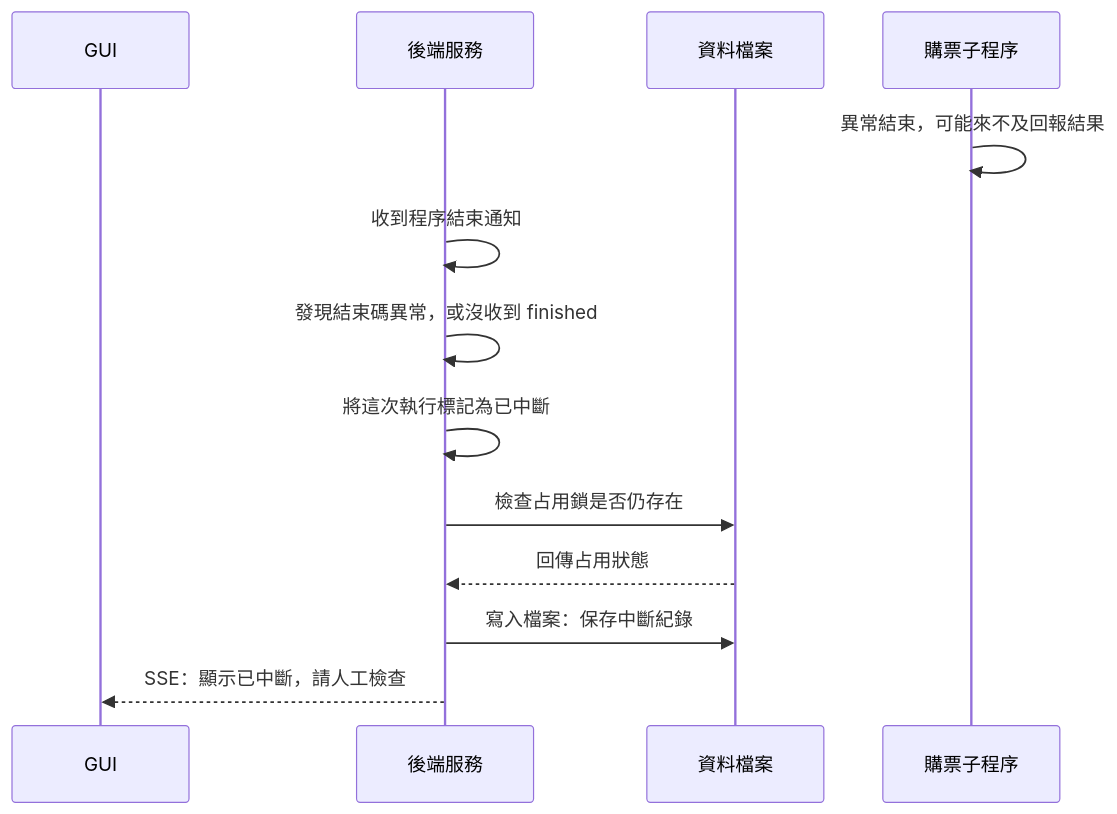
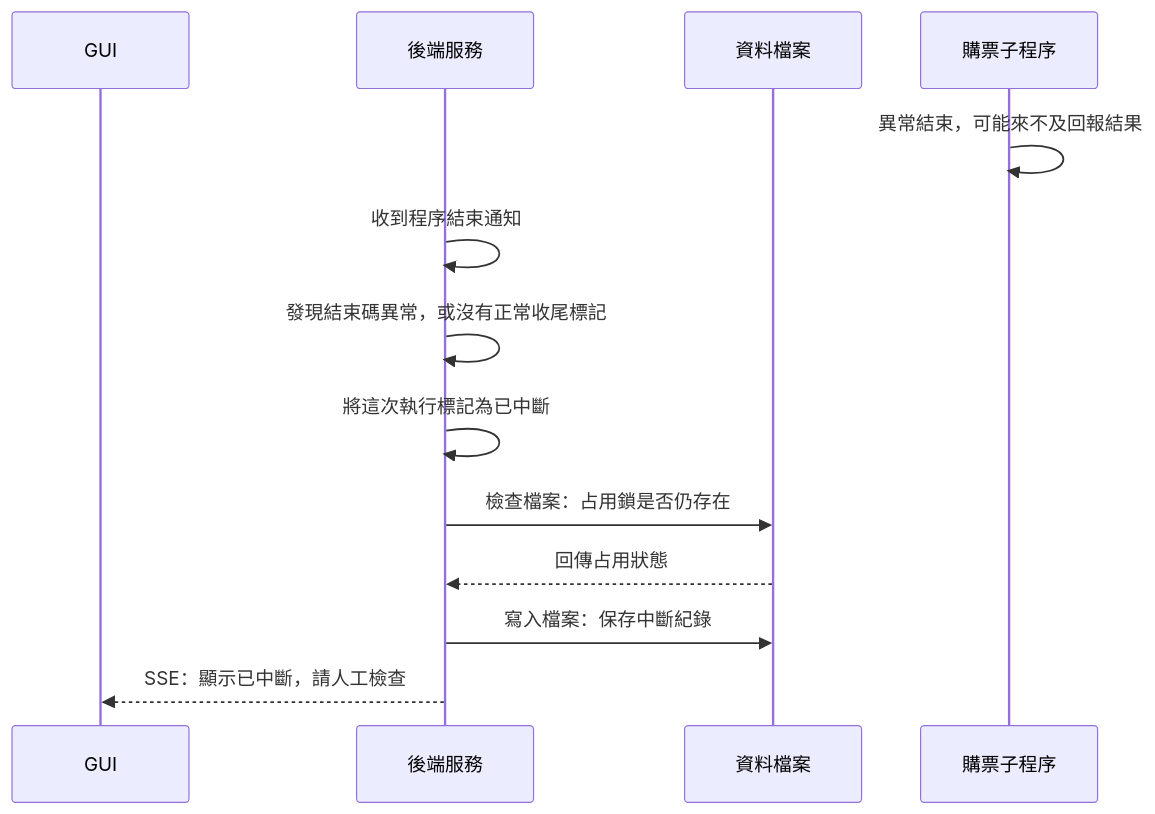
One commit to pablo0825/2026-09-ticketPilot changed the diagram in docs/architecture/interrupted-run.md. Above: the diagram before and after it, drawn with Mermaid. The commit also changed other lines of this file and 3 other files, not shown here.

Commit message:
docs(architecture): clarify lifecycle events and control delivery

````diff
--- a/docs/architecture/interrupted-run.md
+++ b/docs/architecture/interrupted-run.md
@@ -7,16 +7,16 @@
 ```mermaid
 sequenceDiagram
     participant G as GUI
     participant B as 後端服務
     participant D as 資料檔案
     participant W as 購票子程序
 
     W->>W: 異常結束，可能來不及回報結果
     B->>B: 收到程序結束通知
-    B->>B: 發現結束碼異常，或沒收到 finished
+    B->>B: 發現結束碼異常，或沒有正常收尾標記
     B->>B: 將這次執行標記為已中斷
-    B->>D: 檢查占用鎖是否仍存在
+    B->>D: 檢查檔案：占用鎖是否仍存在
     D-->>B: 回傳占用狀態
     B->>D: 寫入檔案：保存中斷紀錄
     B-->>G: SSE：顯示已中斷，請人工檢查
 ```
````
